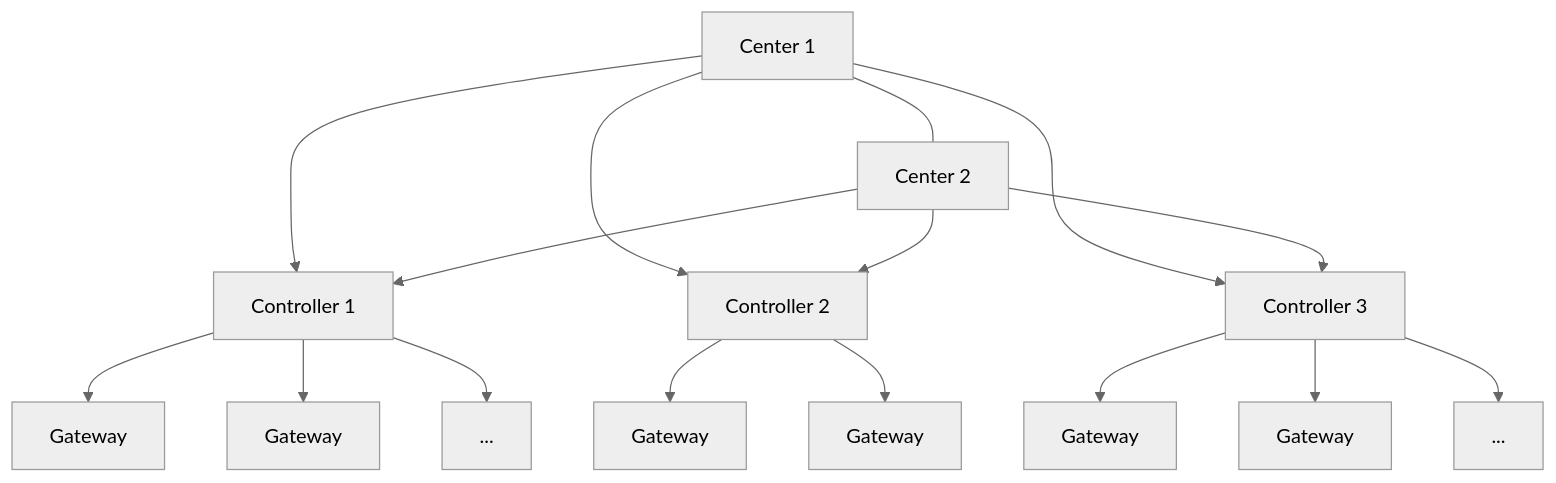
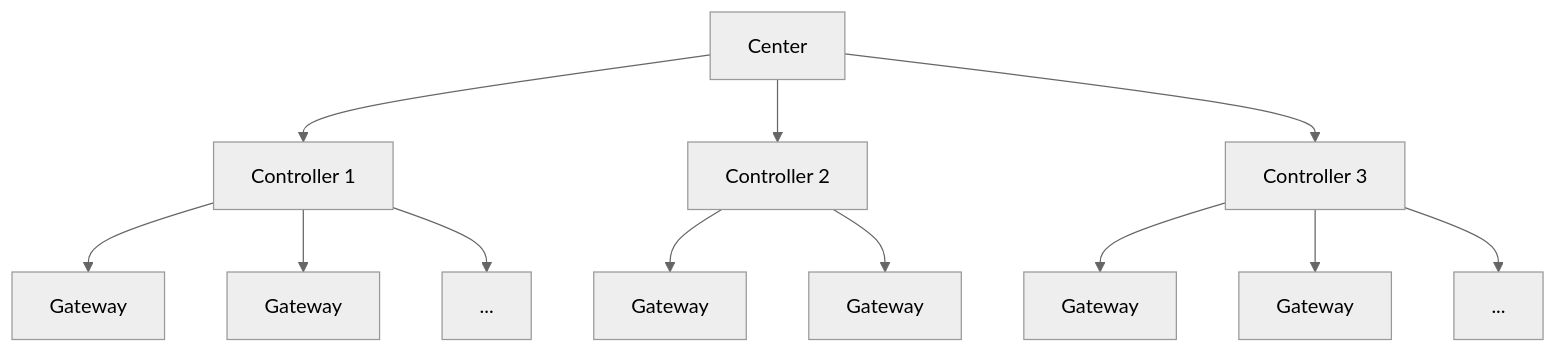
Before and after one commit to Pandaala/Edgion: the second of 2 diagrams in README.md, drawn with Mermaid (neutral theme). The commit also changed 24 other files, not shown here.

````diff
--- a/README.md
+++ b/README.md
@@ -115,22 +115,17 @@
 ```mermaid
 graph TD
-    Center1[Center 1] --- Center2[Center 2]
-
-    Center1 --> C1[Controller 1]
-    Center1 --> C2[Controller 2]
-    Center1 --> C3[Controller 3]
-    Center2 --> C1
-    Center2 --> C2
-    Center2 --> C3
+    Center[Center] --> C1[Controller 1]
+    Center --> C2[Controller 2]
+    Center --> C3[Controller 3]
 
     C1 --> G1[Gateway]
     C1 --> G2[Gateway]
     C1 --> G3[...]
 
     C2 --> G4[Gateway]
     C2 --> G5[Gateway]
 
     C3 --> G6[Gateway]
     C3 --> G7[Gateway]
     C3 --> G8[...]
 ```
````
